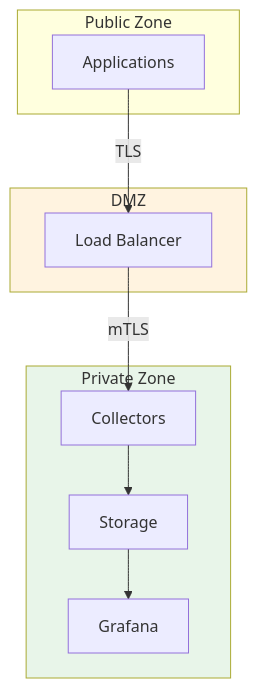
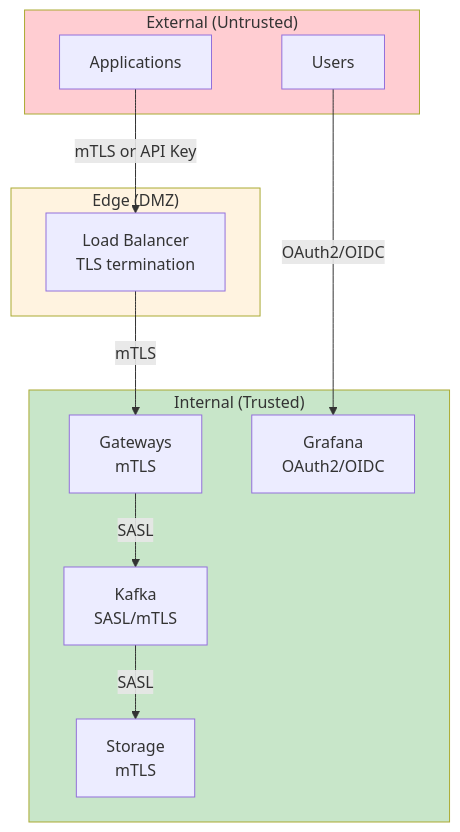
Before and after one commit to shivam-g-mishra/opensource-otel-setup: diagram 14 of 14 in docs/scalable/architecture.md, drawn with Mermaid. The commit also changed other lines of this file, not shown here.

First line of the commit message:
docs: expand architecture document with comprehensive technology details

````diff
--- a/docs/scalable/architecture.md
+++ b/docs/scalable/architecture.md
@@ -420,24 +1331,28 @@
 ```mermaid
 flowchart TB
-    subgraph Public["Public Zone"]
-        Apps[Applications]
+    subgraph External["External (Untrusted)"]
+        Apps["Applications"]
+        Users["Users"]
     end
     
-    subgraph DMZ["DMZ"]
-        LB[Load Balancer]
+    subgraph Edge["Edge (DMZ)"]
+        LB["Load Balancer<br/>TLS termination"]
     end
     
-    subgraph Private["Private Zone"]
-        Collectors[Collectors]
-        Storage[Storage]
-        Grafana[Grafana]
+    subgraph Internal["Internal (Trusted)"]
+        GW["Gateways<br/>mTLS"]
+        Kafka["Kafka<br/>SASL/mTLS"]
+        Storage["Storage<br/>mTLS"]
+        Grafana["Grafana<br/>OAuth2/OIDC"]
     end
     
-    Apps -->|TLS| LB
-    LB -->|mTLS| Collectors
-    Collectors --> Storage
-    Storage --> Grafana
+    Apps -->|"mTLS or API Key"| LB
+    LB -->|"mTLS"| GW
+    GW -->|"SASL"| Kafka
+    Kafka -->|"SASL"| Storage
+    Users -->|"OAuth2/OIDC"| Grafana
     
-    style DMZ fill:#fff3e0
-    style Private fill:#e8f5e9
+    style External fill:#ffcdd2
+    style Edge fill:#fff3e0
+    style Internal fill:#c8e6c9
 ```
````
